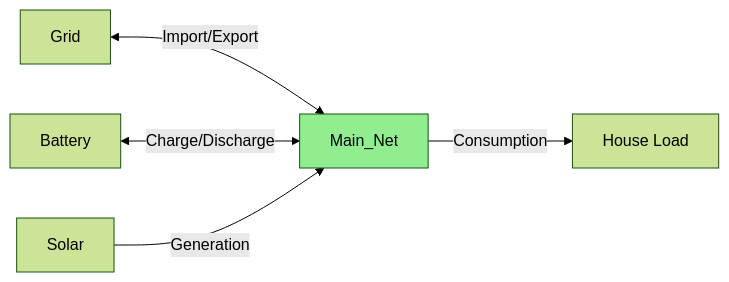
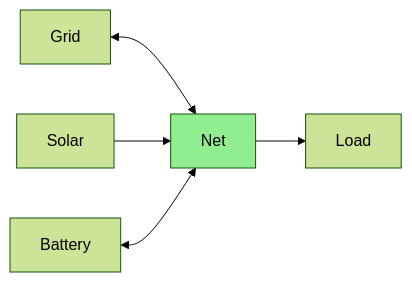
Before and after one commit to hass-energy/haeo: the first of 2 diagrams in docs/user-guide/entities/net.md, drawn with Mermaid (forest theme). The commit also changed other lines of this file and 2 other files, not shown here.

````diff
--- a/docs/user-guide/entities/net.md
+++ b/docs/user-guide/entities/net.md
@@ -43,9 +30,9 @@
 ```mermaid
 graph LR
-    Grid[Grid] <-->|Import/Export| Net[Main_Net]
-    Battery[Battery] <-->|Charge/Discharge| Net
-    Solar[Solar] -->|Generation| Net
-    Net -->|Consumption| Load[House Load]
-
+    Grid<-->Net
+    Solar-->Net
+    Battery<-->Net
+    Net-->Load
+    
     style Net fill:#90EE90
 ```
````
